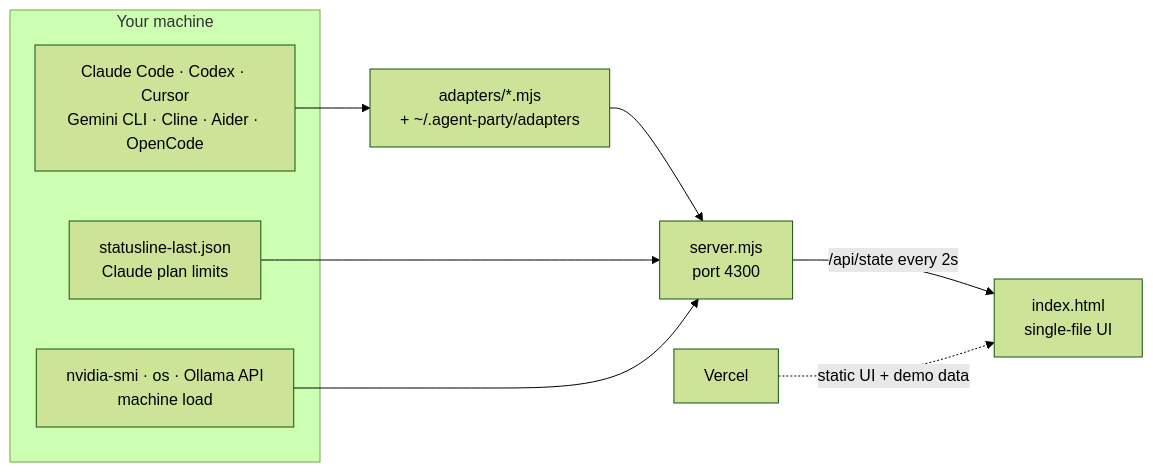
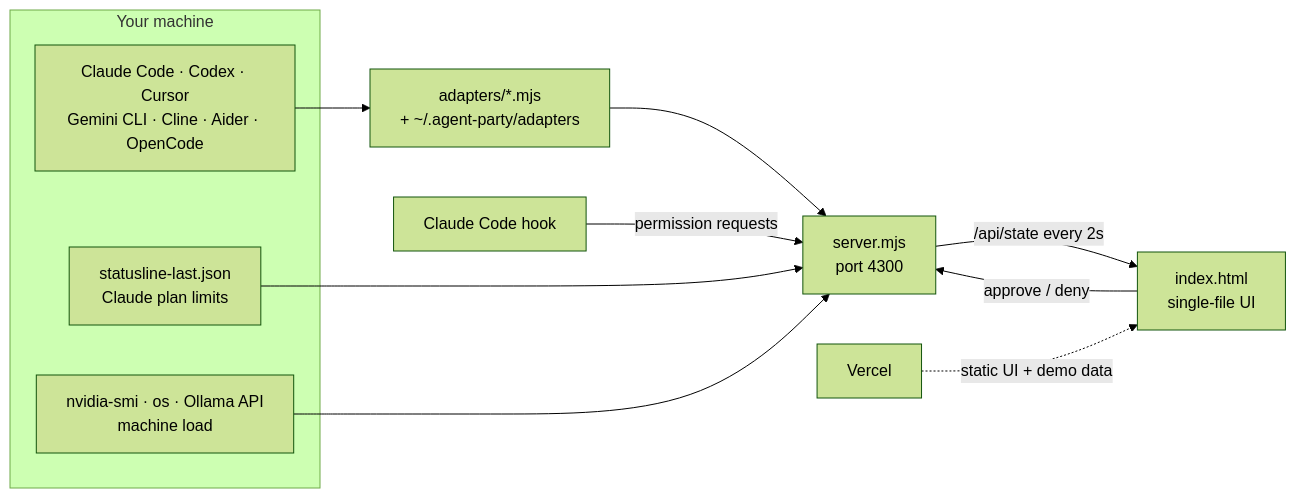
One commit to jvitorbarros15/agent-dashboard changed the diagram in README.md. Above: the diagram before and after it, drawn with Mermaid (forest theme). The commit also changed other lines of this file and 16 other files, not shown here.

````diff
--- a/README.md
+++ b/README.md
@@ -255,12 +322,14 @@
 ```mermaid
 flowchart LR
     subgraph disk["Your machine"]
         A["Claude Code · Codex · Cursor<br/>Gemini CLI · Cline · Aider · OpenCode"]
         D["statusline-last.json<br/>Claude plan limits"]
         E["nvidia-smi · os · Ollama API<br/>machine load"]
     end
     A --> AD["adapters/*.mjs<br/>+ ~/.agent-party/adapters"]
     AD & D & E --> S["server.mjs<br/>port 4300"]
     S -- "/api/state every 2s" --> UI["index.html<br/>single-file UI"]
     V["Vercel"] -. "static UI + demo data" .-> UI
+    H["Claude Code hook"] -- "permission requests" --> S
+    UI -- "approve / deny" --> S
 ```
````
